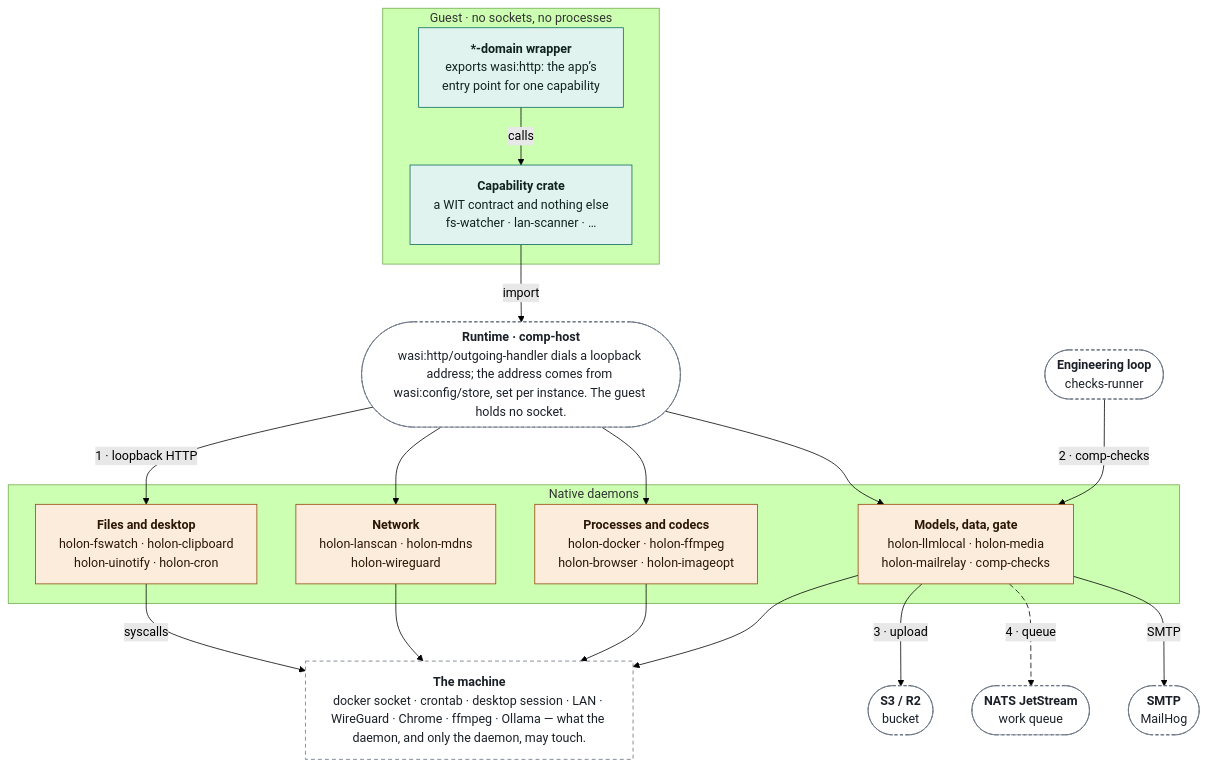
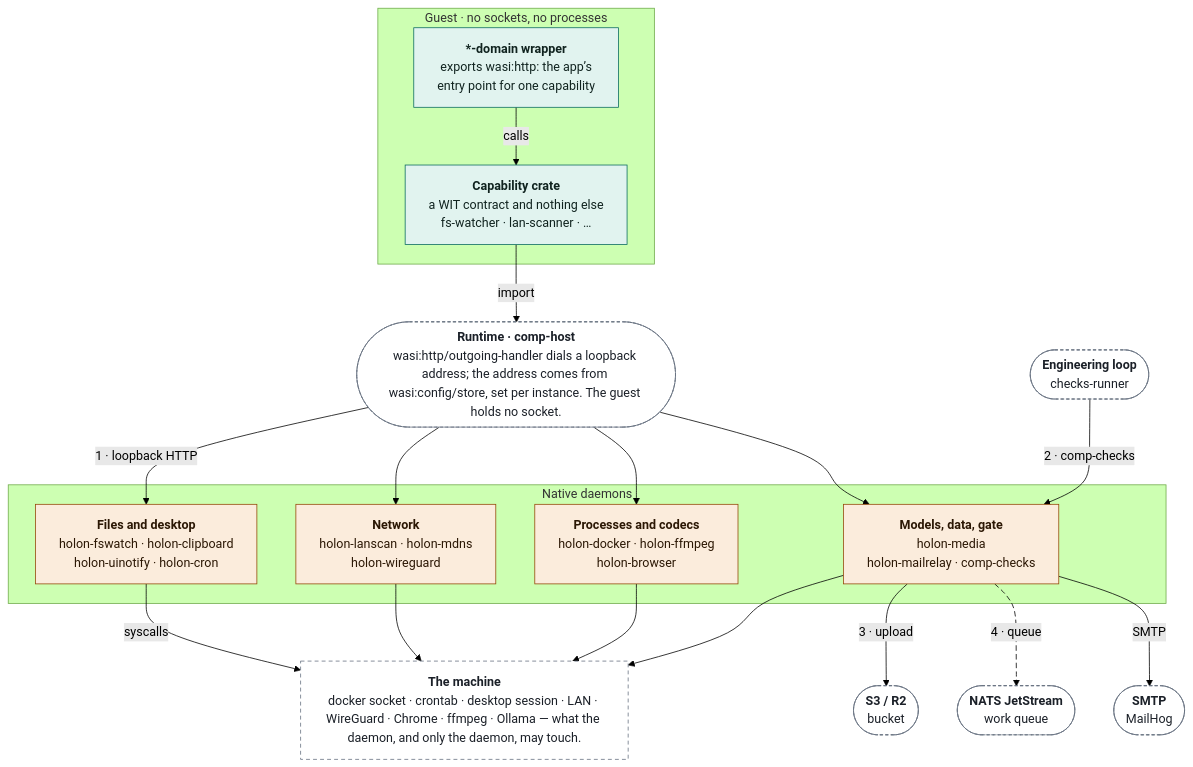
Before and after one commit to markkovari/holon: the sixth of 11 diagrams in docs/ARCHITECTURE.md, drawn with Mermaid (forest theme). The commit also changed other lines of this file and 38 other files, not shown here.

````diff
--- a/docs/ARCHITECTURE.md
+++ b/docs/ARCHITECTURE.md
@@ -400,42 +400,42 @@
 ```mermaid
 %%{init: {"flowchart": {"wrappingWidth": 360}}}%%
 flowchart TB
   classDef wasm fill:#e1f3ef,stroke:#0a6a5f,color:#10231f
   classDef native fill:#fbecdc,stroke:#954709,color:#2b1704
   classDef store fill:#eae7fa,stroke:#4a3fb0,color:#17123f
   classDef actor fill:#e4ebf7,stroke:#2a4977,color:#0f1d33
   classDef spec fill:#eef1f5,stroke:#465160,color:#1b2028
   classDef ext fill:#ffffff,stroke:#667180,color:#1b2028,stroke-dasharray:5 4
   classDef ghost fill:#ffffff,stroke:#667180,color:#1b2028,stroke-dasharray:4 3
   subgraph grp_guest["Guest · no sockets, no processes"]
     n_dom["<b>*-domain wrapper</b><br/>exports wasi:http: the app’s<br/>entry point for one capability"]:::wasm
     n_cap["<b>Capability crate</b><br/>a WIT contract and nothing else<br/>fs-watcher · lan-scanner · …"]:::wasm
   end
   subgraph grp_nd["Native daemons"]
     n_d_files["<b>Files and desktop</b><br/>holon-fswatch · holon-clipboard<br/>holon-uinotify · holon-cron"]:::native
     n_d_net["<b>Network</b><br/>holon-lanscan · holon-mdns<br/>holon-wireguard"]:::native
-    n_d_proc["<b>Processes and codecs</b><br/>holon-docker · holon-ffmpeg<br/>holon-browser · holon-imageopt"]:::native
-    n_d_data["<b>Models, data, gate</b><br/>holon-llmlocal · holon-media<br/>holon-mailrelay · comp-checks"]:::native
+    n_d_proc["<b>Processes and codecs</b><br/>holon-docker · holon-ffmpeg<br/>holon-browser"]:::native
+    n_d_data["<b>Models, data, gate</b><br/>holon-media<br/>holon-mailrelay · comp-checks"]:::native
   end
   n_broker(["<b>Runtime · comp-host</b><br/>wasi:http/outgoing-handler dials a loopback address; the address comes from wasi:config/store, set per instance. The guest holds no socket."]):::ghost
   n_machine["<b>The machine</b><br/>docker socket · crontab · desktop session · LAN · WireGuard · Chrome · ffmpeg · Ollama — what the daemon, and only the daemon, may touch."]:::ext
   n_g_loop(["<b>Engineering loop</b><br/>checks-runner"]):::ghost
   n_g_s3(["<b>S3 / R2</b><br/>bucket"]):::ghost
   n_g_nats(["<b>NATS JetStream</b><br/>work queue"]):::ghost
   n_g_smtp(["<b>SMTP</b><br/>MailHog"]):::ghost
   n_dom -- "calls" --> n_cap
   n_cap -- "import" --> n_broker
   n_d_files -- "syscalls" --> n_machine
   n_d_net --> n_machine
   n_d_proc --> n_machine
   n_d_data --> n_machine
   n_broker -- "1 · loopback HTTP" --> n_d_files
   n_broker --> n_d_net
   n_broker --> n_d_proc
   n_broker --> n_d_data
   n_g_loop -- "2 · comp-checks" --> n_d_data
   n_d_data -- "3 · upload" --> n_g_s3
   n_d_data -- "4 · queue" --> n_g_nats
   n_d_data -- "SMTP" --> n_g_smtp
   linkStyle 12 stroke-dasharray:7 4
 ```
````
